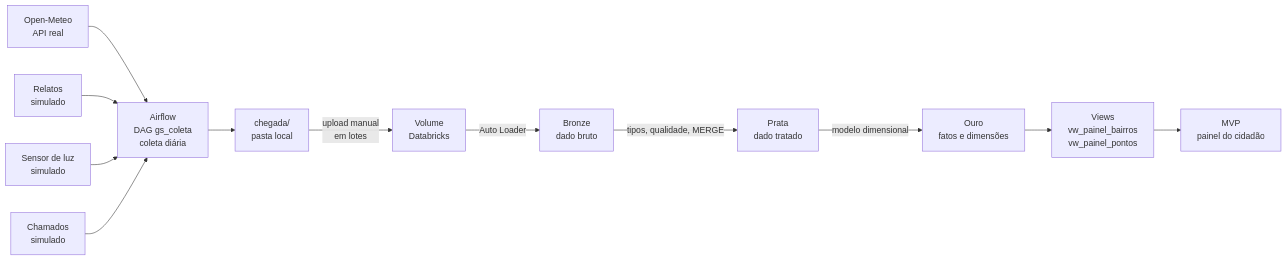
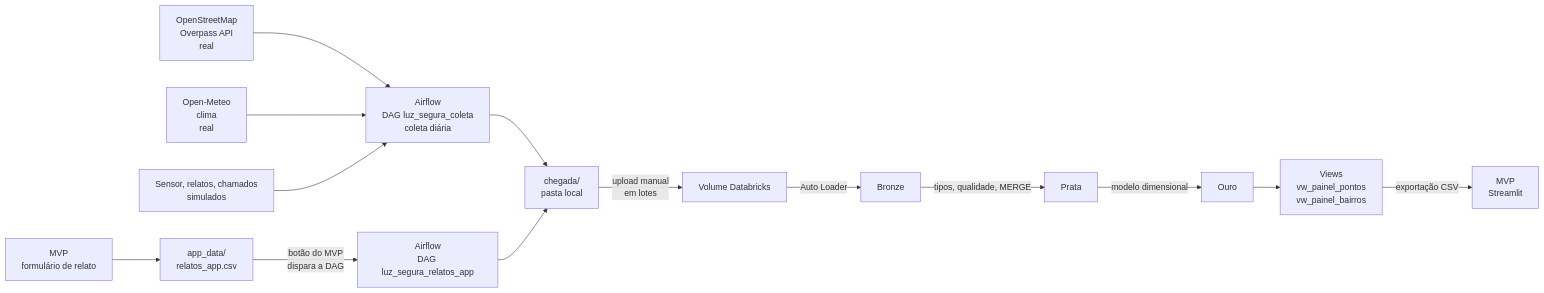
Before and after one commit to Fabr1c100/GS_BIGDATA: the diagram in README.md, drawn with Mermaid. The commit also changed other lines of this file, not shown here.

````diff
--- a/README.md
+++ b/README.md
@@ -50,14 +32,16 @@
 ```mermaid
 flowchart LR
-    A[Open-Meteo<br/>API real] --> D
-    B[Relatos<br/>simulado] --> D
-    C[Sensor de luz<br/>simulado] --> D
-    E[Chamados<br/>simulado] --> D
-    D[Airflow<br/>DAG gs_coleta<br/>coleta diária] --> F[chegada/<br/>pasta local]
-    F -->|upload manual<br/>em lotes| G[Volume<br/>Databricks]
-    G -->|Auto Loader| H[Bronze<br/>dado bruto]
-    H -->|tipos, qualidade, MERGE| I[Prata<br/>dado tratado]
-    I -->|modelo dimensional| J[Ouro<br/>fatos e dimensões]
-    J --> K[Views<br/>vw_painel_bairros<br/>vw_painel_pontos]
-    K --> L[MVP<br/>painel do cidadão]
+    A[OpenStreetMap<br/>Overpass API<br/>real] --> D
+    B[Open-Meteo<br/>clima<br/>real] --> D
+    C[Sensor, relatos, chamados<br/>simulados] --> D
+    D[Airflow<br/>DAG luz_segura_coleta<br/>coleta diária] --> F[chegada/<br/>pasta local]
+    M[MVP<br/>formulário de relato] --> N[app_data/<br/>relatos_app.csv]
+    N -->|botão do MVP<br/>dispara a DAG| O[Airflow<br/>DAG luz_segura_relatos_app]
+    O --> F
+    F -->|upload manual<br/>em lotes| G[Volume Databricks]
+    G -->|Auto Loader| H[Bronze]
+    H -->|tipos, qualidade, MERGE| I[Prata]
+    I -->|modelo dimensional| J[Ouro]
+    J --> K[Views<br/>vw_painel_pontos<br/>vw_painel_bairros]
+    K -->|exportação CSV| L[MVP<br/>Streamlit]
 ```
````
